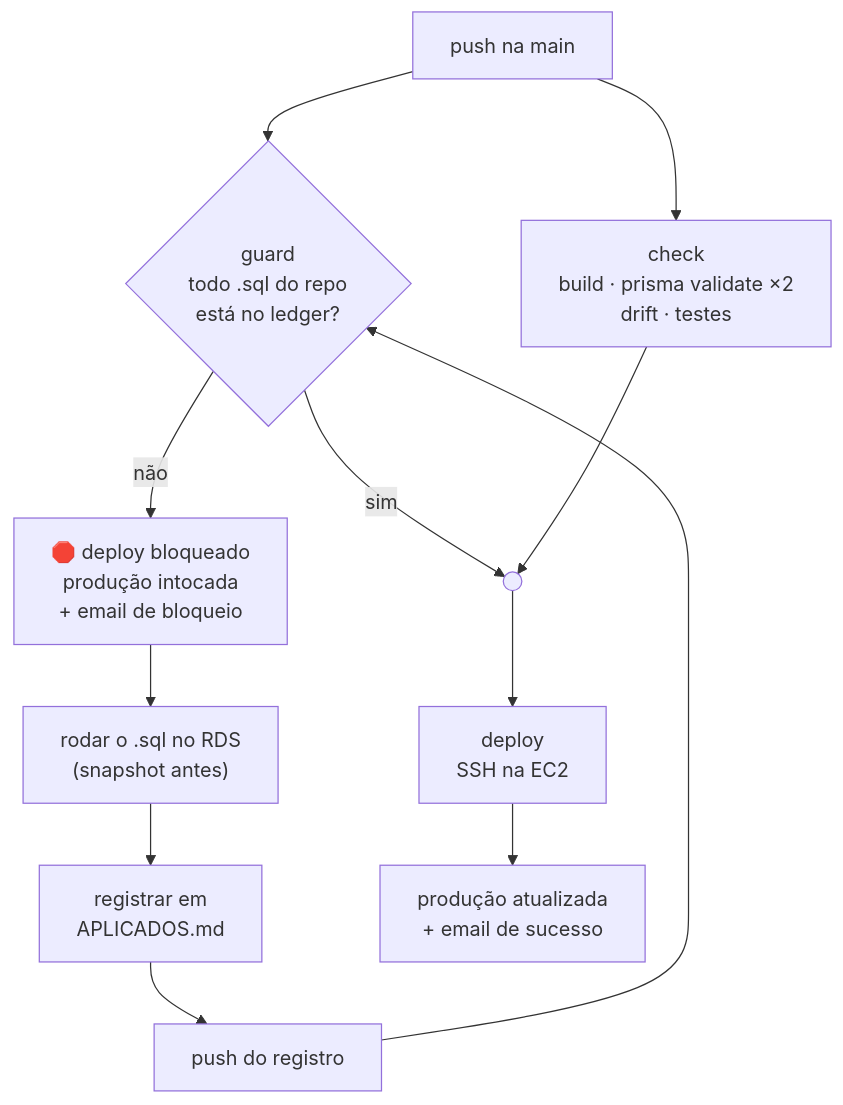
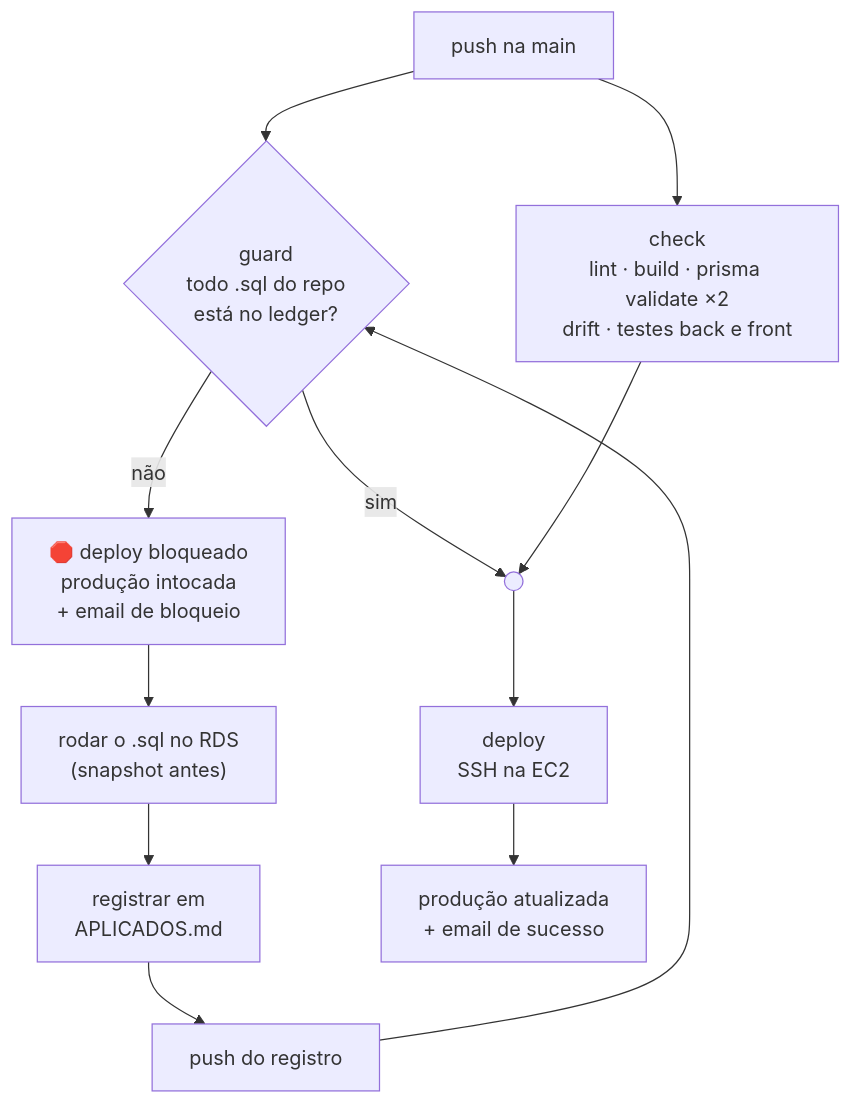
Before and after one commit to GustavoLMarcelino/estoque-premium: the diagram in DEPLOY.md, drawn with Mermaid. The commit also changed other lines of this file, not shown here.

First line of the commit message:
docs(deploy): job check atualizado e conserto do deploy travado pelo lock

````diff
--- a/DEPLOY.md
+++ b/DEPLOY.md
@@ -27,16 +28,16 @@
 ```mermaid
 flowchart TD
     push["push na main"] --> guard{"guard<br/>todo .sql do repo<br/>está no ledger?"}
-    push --> check["check<br/>build · prisma validate ×2<br/>drift · testes"]
+    push --> check["check<br/>lint · build · prisma validate ×2<br/>drift · testes back e front"]
 
     guard -- "não" --> bloq["🛑 deploy bloqueado<br/>produção intocada<br/>+ email de bloqueio"]
     bloq --> rodar["rodar o .sql no RDS<br/>(snapshot antes)"]
     rodar --> ledger["registrar em<br/>APLICADOS.md"]
     ledger --> push2["push do registro"]
     push2 --> guard
 
     guard -- "sim" --> ok(( ))
     check --> ok
     ok --> deploy["deploy<br/>SSH na EC2"]
     deploy --> prod["produção atualizada<br/>+ email de sucesso"]
 ```
````
